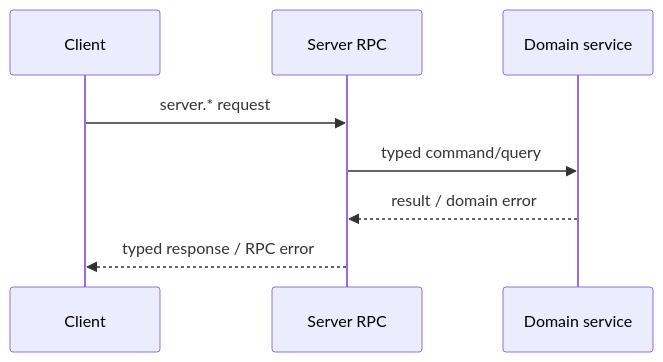
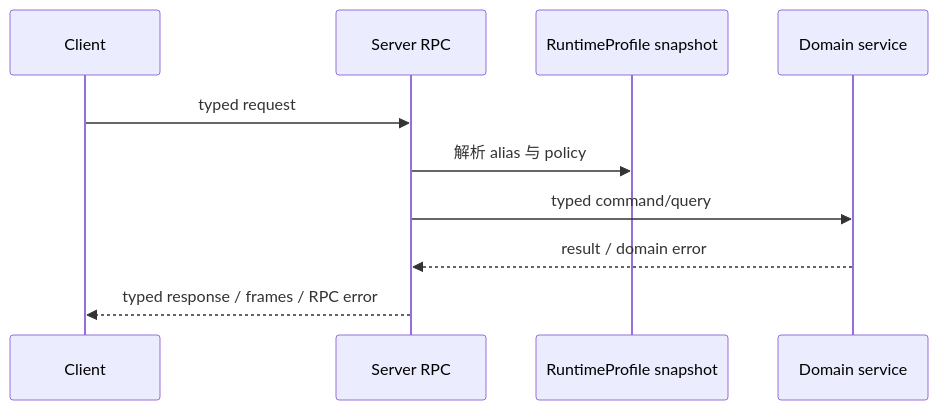
Before and after one commit to GizClaw/gizclaw: the diagram in guides/zh/developing/api/proto/rpc/server-provided-to-client.md, drawn with Mermaid. The commit also changed other lines of this file and 290 other files, not shown here.

First line of the commit message:
runtime: deliver profile resources and standalone speech RPCs (#416)

````diff
--- a/guides/zh/developing/api/proto/rpc/server-provided-to-client.md
+++ b/guides/zh/developing/api/proto/rpc/server-provided-to-client.md
@@ -42,10 +32,12 @@
 ```mermaid
 sequenceDiagram
     participant Client
     participant RPC as Server RPC
+    participant Profile as RuntimeProfile snapshot
     participant Service as Domain service
-    Client->>RPC: server.* request
+    Client->>RPC: typed request
+    RPC->>Profile: 解析 alias 与 policy
     RPC->>Service: typed command/query
     Service-->>RPC: result / domain error
-    RPC-->>Client: typed response / RPC error
+    RPC-->>Client: typed response / frames / RPC error
 ```
````
